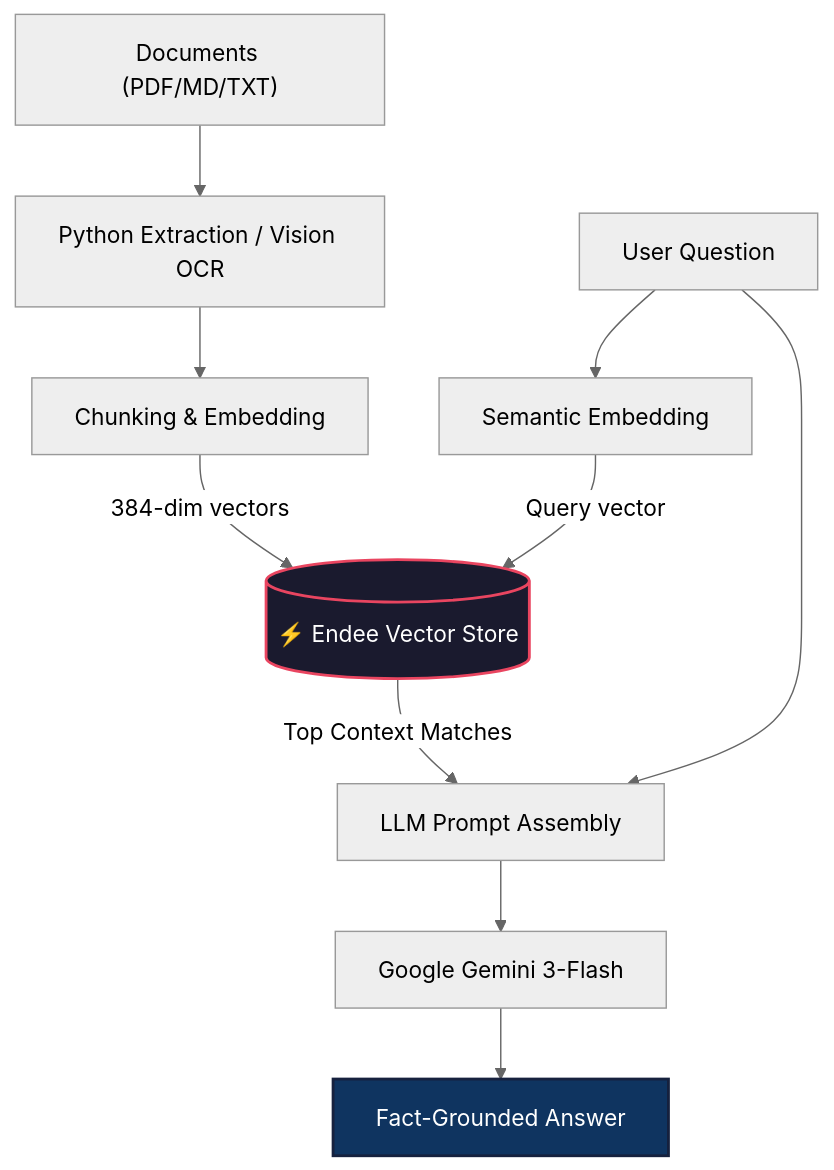
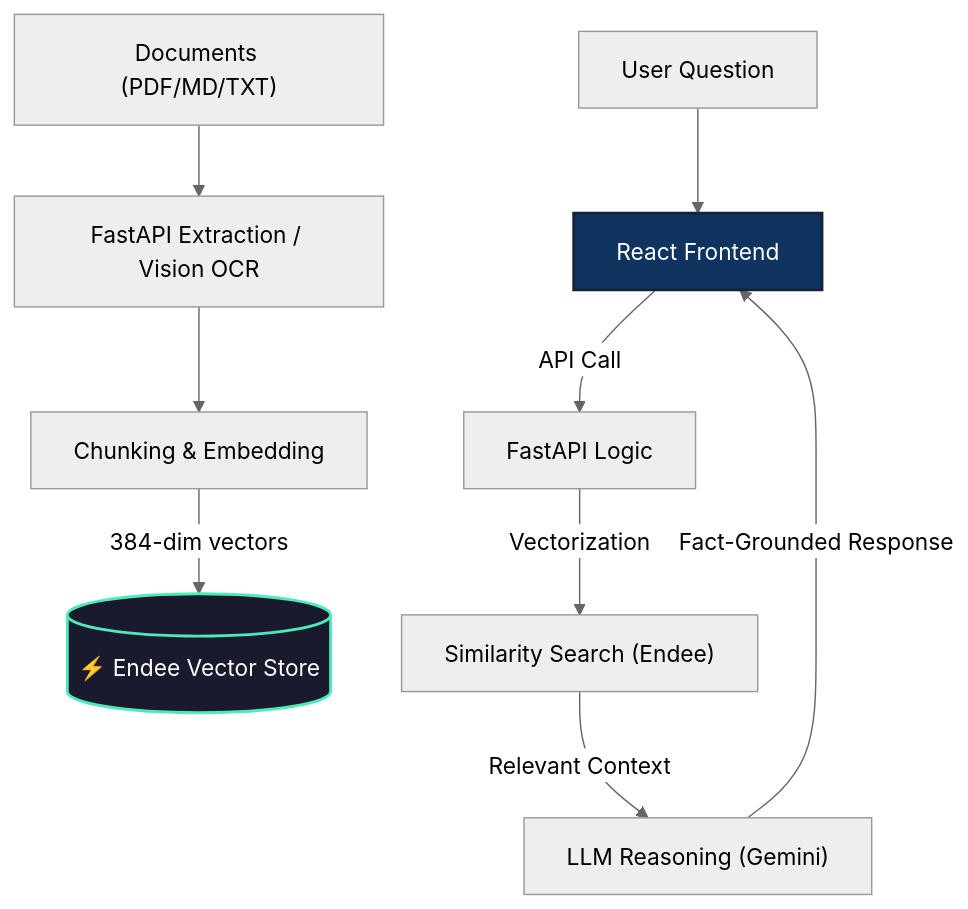
One commit to Vikash9546/CuratorAI changed the diagram in README.md. Above: the diagram before and after it, drawn with Mermaid (neutral theme). The commit also changed other lines of this file, not shown here.

Commit message:
Major Update: Rewrite documentation for FastAPI/React migration

````diff
--- a/README.md
+++ b/README.md
@@ -37,17 +42,15 @@
 ```mermaid
 graph TD
-    A["Documents (PDF/MD/TXT)"] --> B["Python Extraction / Vision OCR"]
+    A["Documents (PDF/MD/TXT)"] --> B["FastAPI Extraction / Vision OCR"]
     B --> C["Chunking & Embedding"]
     C -->|384-dim vectors| E[("⚡ Endee Vector Store")]
     
-    F[" User Question"] --> G["Semantic Embedding"]
-    G -->|Query vector| E
-    E -->|"Top Context Matches"| H["LLM Prompt Assembly"]
-    F --> H
-    
-    H --> I[" Google Gemini 3-Flash"]
-    I --> J[" Fact-Grounded Answer"]
+    F["User Question"] --> G["React Frontend"]
+    G -->|API Call| H["FastAPI Logic"]
+    H -->|Vectorization| I["Similarity Search (Endee)"]
+    I -->|"Relevant Context"| J["LLM Reasoning (Gemini)"]
+    J -->|"Fact-Grounded Response"| G
 
-    style E fill:#1a1a2e,stroke:#e94560,stroke-width:2px,color:#fff
-    style J fill:#0f3460,stroke:#16213e,stroke-width:2px,color:#fff
+    style E fill:#1a1a2e,stroke:#4eeab8,stroke-width:2px,color:#fff
+    style G fill:#0f3460,stroke:#16213e,stroke-width:2px,color:#fff
 ```
````
